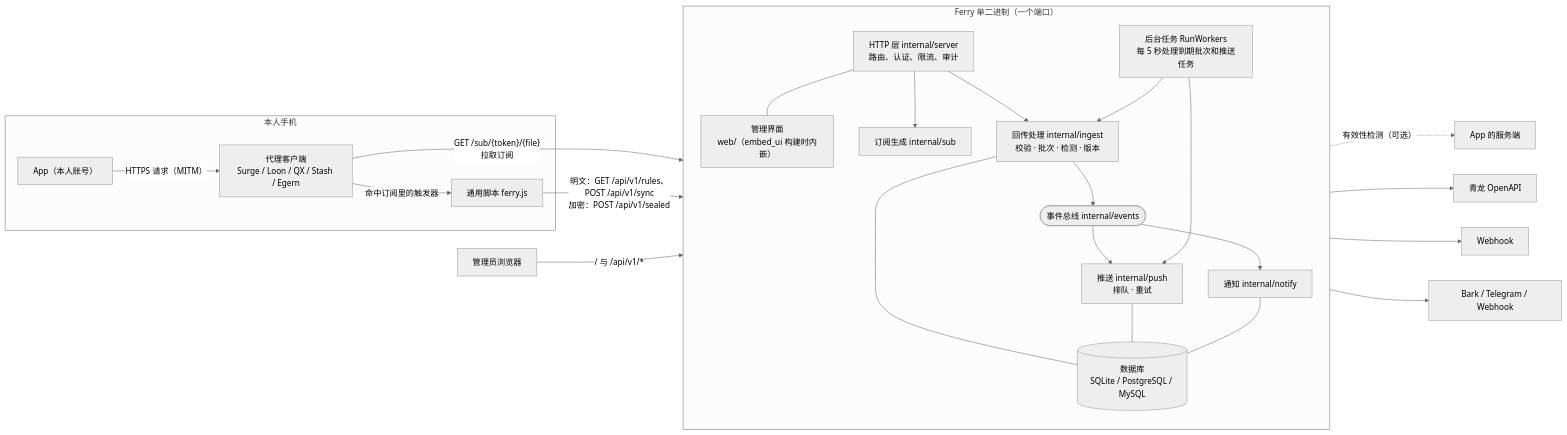
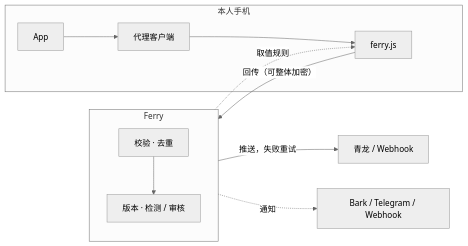
Before and after one commit to lonelyman0108/ferry: the diagram in README.md, drawn with Mermaid (neutral theme). The commit also changed other lines of this file and 11 other files, not shown here.

````diff
--- a/README.md
+++ b/README.md
@@ -41,42 +88,14 @@
 ```mermaid
 flowchart LR
   subgraph Phone["本人手机"]
-    App["App（本人账号）"]
-    Proxy["代理客户端<br/>Surge / Loon / QX / Stash / Egern"]
-    Script["通用脚本 ferry.js"]
-    App -- "HTTPS 请求（MITM）" --> Proxy
-    Proxy -- "命中订阅里的触发器" --> Script
+    App["App"] --> Proxy["代理客户端"] --> Script["ferry.js"]
   end
-
-  subgraph Ferry["Ferry 单二进制（一个端口）"]
+  subgraph Server["Ferry"]
     direction TB
-    HTTP["HTTP 层 internal/server<br/>路由、认证、限流、审计"]
-    UI["管理界面<br/>web/（embed_ui 构建时内嵌）"]
-    Sub["订阅生成 internal/sub"]
-    Ingest["回传处理 internal/ingest<br/>校验 · 批次 · 检测 · 版本"]
-    Bus(["事件总线 internal/events"])
-    Push["推送 internal/push<br/>排队 · 重试"]
-    Notify["通知 internal/notify"]
-    Workers["后台任务 RunWorkers<br/>每 5 秒处理到期批次和推送任务"]
-    DB[("数据库<br/>SQLite / PostgreSQL / MySQL")]
-    HTTP --- UI
-    HTTP --> Sub
-    HTTP --> Ingest
-    Ingest --> Bus
-    Bus --> Push
-    Bus --> Notify
-    Workers --> Ingest
-    Workers --> Push
-    Ingest --- DB
-    Push --- DB
-    Notify --- DB
+    Check["校验 · 去重"] --> Version["版本 · 检测 / 审核"]
   end
-
-  Proxy -- "GET /sub/{token}/{file}<br/>拉取订阅" --> HTTP
-  Script -- "明文：GET /api/v1/rules、POST /api/v1/sync<br/>加密：POST /api/v1/sealed" --> HTTP
-  Admin["管理员浏览器"] -- "/ 与 /api/v1/*" --> HTTP
-  Ingest -. "有效性检测（可选）" .-> Target["App 的服务端"]
-  Push --> QL["青龙 OpenAPI"]
-  Push --> WH["Webhook"]
-  Notify --> Ch["Bark / Telegram / Webhook"]
+  Script -- "回传（可整体加密）" --> Check
+  Check -. "取值规则" .-> Script
+  Version -- "推送，失败重试" --> Dest["青龙 / Webhook"]
+  Version -. "通知" .-> Ch["Bark / Telegram / Webhook"]
 ```
````
